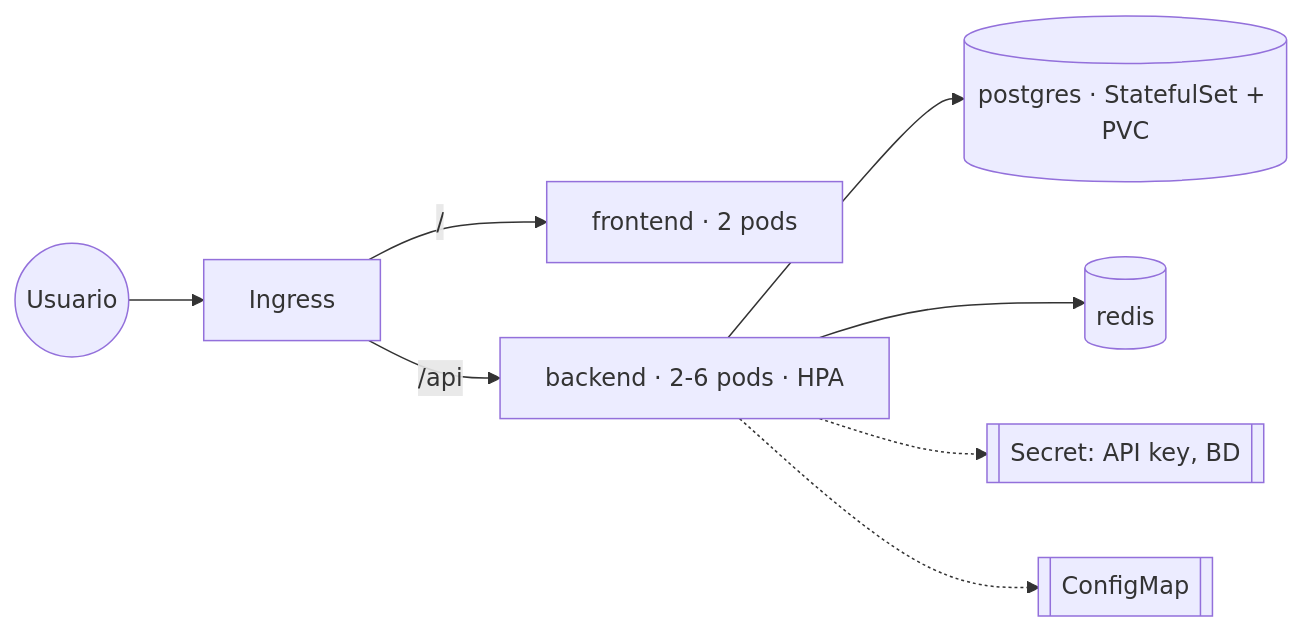
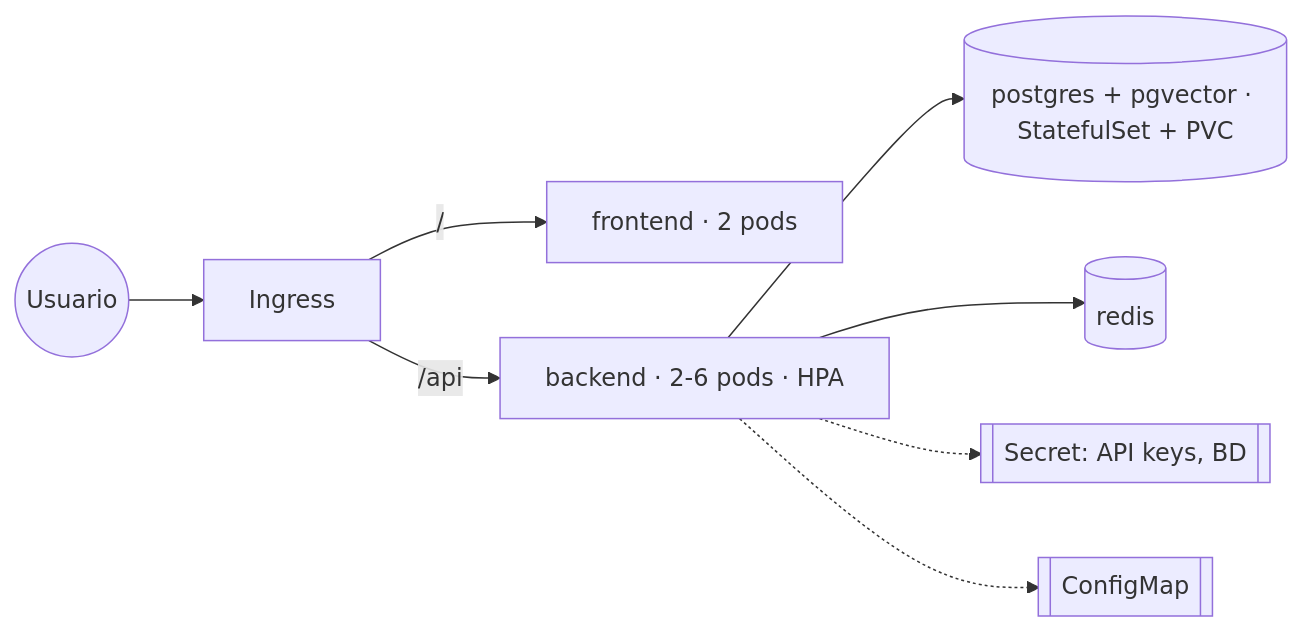
One commit to Binteak/rumbo-ai changed the second of 3 diagrams in README.md. Above: the diagram before and after it, drawn with Mermaid. The commit also changed other lines of this file, not shown here.

First line of the commit message:
README: qué hace, stack, API, guardarraíles, versiones, limitaciones y próximos pasos

````diff
--- a/README.md
+++ b/README.md
@@ -51,10 +75,10 @@
 ```mermaid
 flowchart LR
   User((Usuario)) --> Ingress
   Ingress -- "/" --> FE[frontend · 2 pods]
   Ingress -- "/api" --> BE[backend · 2-6 pods · HPA]
-  BE --> PG[(postgres · StatefulSet + PVC)]
+  BE --> PG[(postgres + pgvector · StatefulSet + PVC)]
   BE --> RD[(redis)]
-  BE -.-> Secret[[Secret: API key, BD]]
+  BE -.-> Secret[[Secret: API keys, BD]]
   BE -.-> CM[[ConfigMap]]
 ```
````
